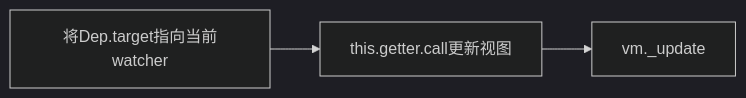
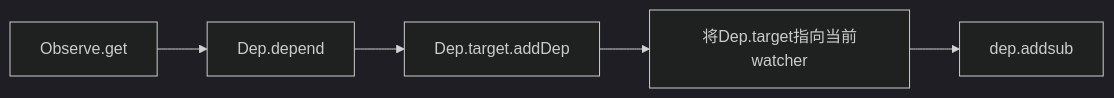
The first of 3 diagrams in docs/vue源码分析/响应式原理/index.md (tinn2015/Notes), drawn with Mermaid (dark theme) before and after one commit. The commit also changed other lines of this file and 2 other files, not shown here.

````diff
--- a/docs/vue源码分析/响应式原理/index.md
+++ b/docs/vue源码分析/响应式原理/index.md
@@ -713,6 +763,6 @@
 ```mermaid
 graph LR
 
-将Dep.target指向当前watcher --> this.getter.call更新视图 --> vm._update
+Observe.get --> Dep.depend --> Dep.target.addDep --> 将Dep.target指向当前watcher --> dep.addsub
 
 ```
````
